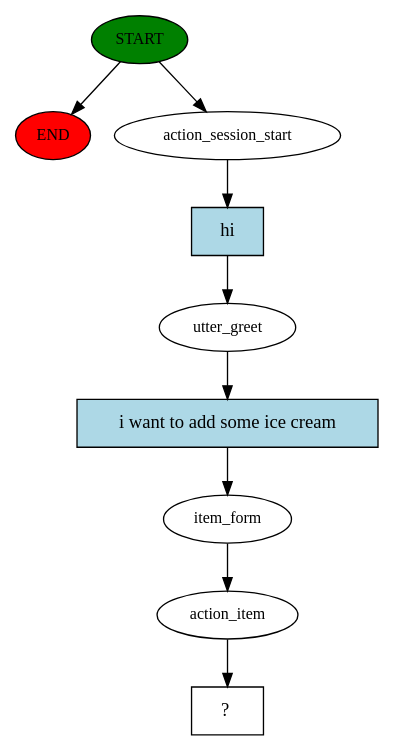
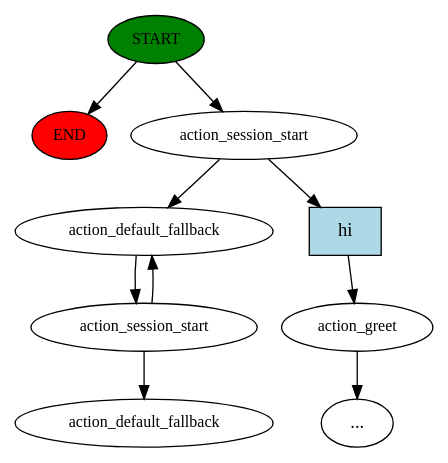
Before and after one commit to UniversityProjectsAtUnisa/rasa-chatbot_cr: the diagram in story_graph.dot, drawn with Graphviz. The commit also changed 24 other files, not shown here.

```diff
--- a/story_graph.dot
+++ b/story_graph.dot
@@ -1,19 +1,20 @@
 digraph  {
 0 [class="start active", fillcolor=green, fontsize=12, label=START, style=filled];
 "-1" [class=end, fillcolor=red, fontsize=12, label=END, style=filled];
 1 [class=active, fontsize=12, label=action_session_start];
-2 [class=active, fontsize=12, label=utter_greet];
-3 [class=active, fontsize=12, label=item_form];
-4 [class=active, fontsize=12, label=action_item];
-5 [class="intent dashed active", label="  ?  ", shape=rect];
-6 [class="intent active", fillcolor=lightblue, label=hi, shape=rect, style=filled];
-7 [class="intent active", fillcolor=lightblue, label="i want to add some ice cream", shape=rect, style=filled];
+2 [class="", fontsize=12, label=action_greet];
+"-3" [class=ellipsis, label="..."];
+4 [class=active, fontsize=12, label=action_default_fallback];
+5 [class=active, fontsize=12, label=action_session_start];
+28 [class="dashed active", fontsize=12, label=action_default_fallback];
+29 [class=intent, fillcolor=lightblue, label=hi, shape=rect, style=filled];
 0 -> "-1"  [class="", key=NONE, label=""];
 0 -> 1  [class=active, key=NONE, label=""];
-1 -> 6  [class=active, key=0];
-2 -> 7  [class=active, key=0];
-3 -> 4  [class=active, key=NONE, label=""];
+1 -> 4  [class=active, key=NONE, label=""];
+1 -> 29  [class="", key=0];
+2 -> "-3"  [class="", key=NONE, label=""];
 4 -> 5  [class=active, key=NONE, label=""];
-6 -> 2  [class=active, key=0];
-7 -> 3  [class=active, key=0];
+5 -> 4  [class=active, key=NONE, label=""];
+5 -> 28  [class=active, key=NONE, label=""];
+29 -> 2  [class="", key=0];
 }
```
